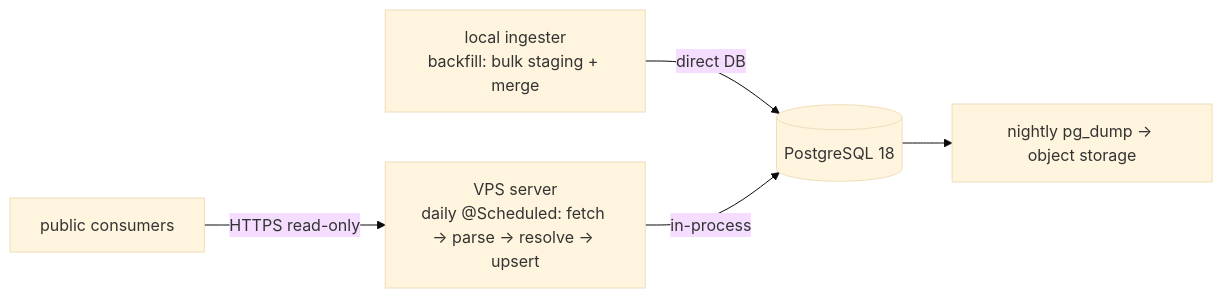
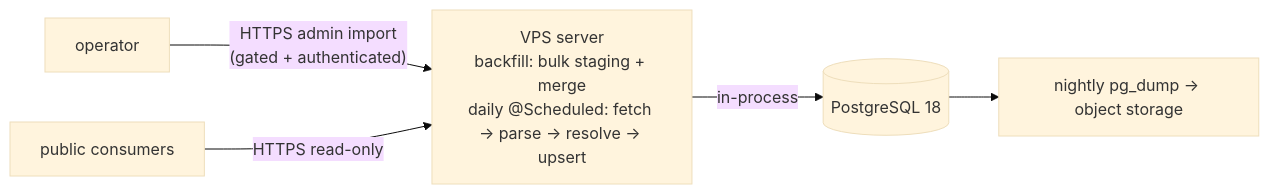
The diagram in docs/features/deployment-operations.md (earelin/mercator), drawn with Mermaid (base theme) before and after one commit. The commit also changed other lines of this file and 155 other files, not shown here.

First line of the commit message:
Collapse to single Micronaut module, add import endpoint, consolidate schema

````diff
--- a/docs/features/deployment-operations.md
+++ b/docs/features/deployment-operations.md
@@ -54,7 +59,7 @@
 ```mermaid
 flowchart LR
-    ING["local ingester<br/>backfill: bulk staging + merge"] -->|direct DB| DB[(PostgreSQL 18)]
-    SRV["VPS server<br/>daily @Scheduled: fetch → parse → resolve → upsert"] -->|in-process| DB
+    OP["operator"] -->|"HTTPS admin import<br/>(gated + authenticated)"| SRV
+    SRV["VPS server<br/>backfill: bulk staging + merge<br/>daily @Scheduled: fetch → parse → resolve → upsert"] -->|in-process| DB[(PostgreSQL 18)]
     DB --> BK["nightly pg_dump → object storage"]
     CON["public consumers"] -->|HTTPS read-only| SRV
 ```
````
